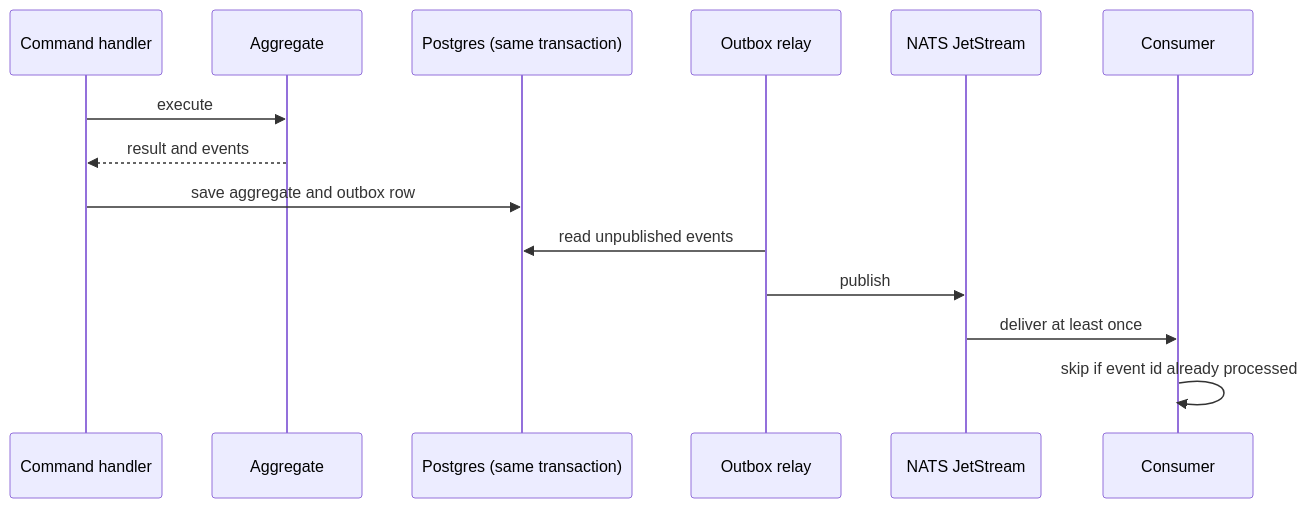
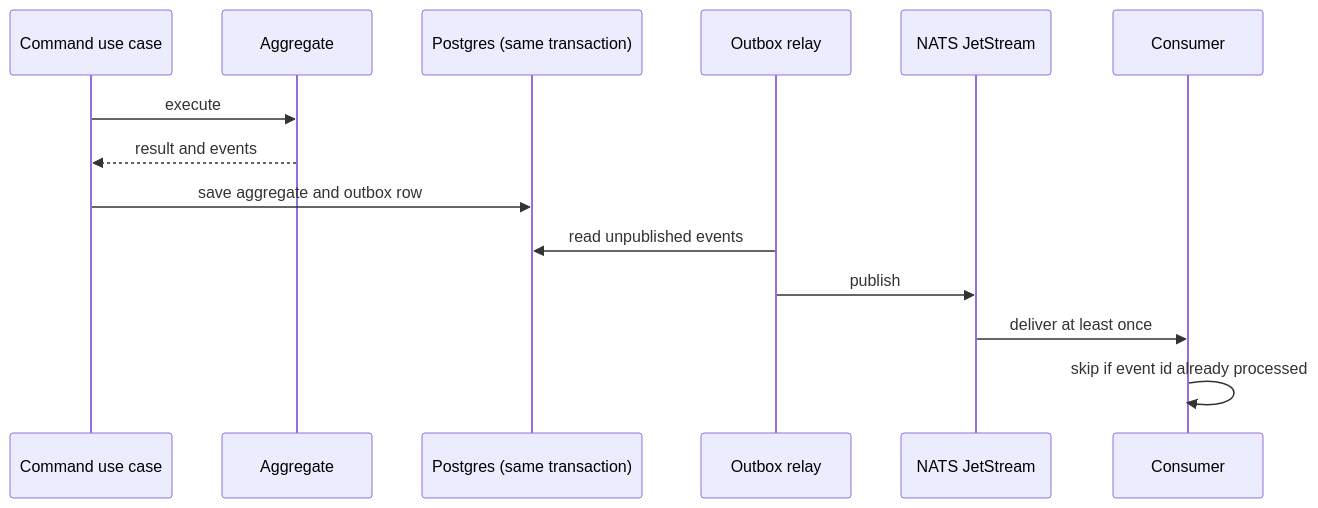
The first of 2 diagrams in README.md (MathiasHilgert/frappe-api), drawn with Mermaid before and after one commit. The commit also changed other lines of this file and 55 other files, not shown here.

````diff
--- a/README.md
+++ b/README.md
@@ -55,16 +55,16 @@
 ```mermaid
 sequenceDiagram
-    participant H as Command handler
+    participant H as Command use case
     participant A as Aggregate
     participant DB as Postgres (same transaction)
     participant R as Outbox relay
     participant N as NATS JetStream
     participant C as Consumer
     H->>A: execute
     A-->>H: result and events
     H->>DB: save aggregate and outbox row
     R->>DB: read unpublished events
     R->>N: publish
     N->>C: deliver at least once
     C->>C: skip if event id already processed
 ```
````
